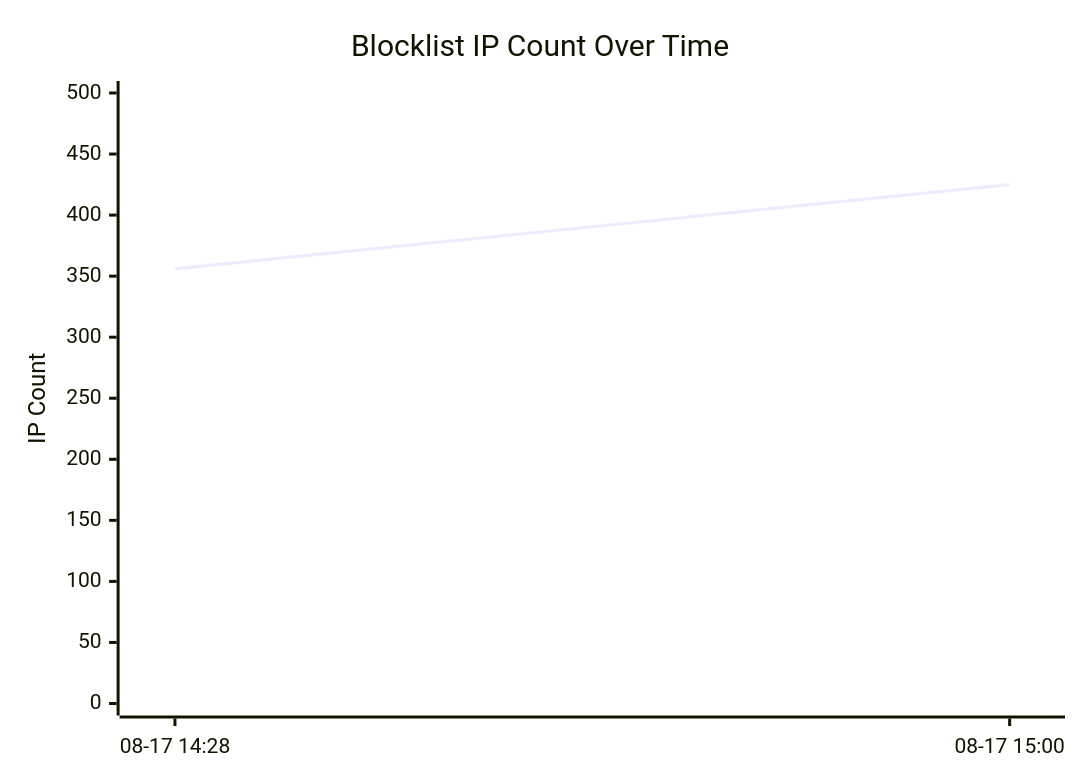
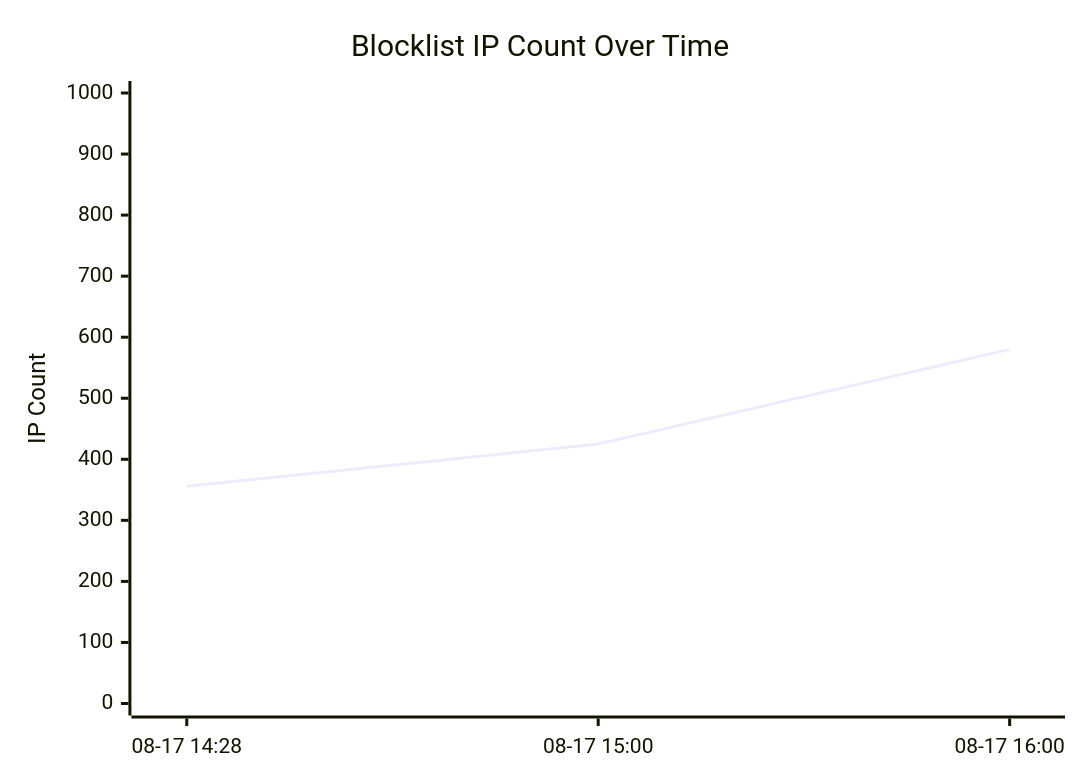
One commit to cercatrova21/blocklist changed the diagram in README.md. Above: the diagram before and after it, drawn with Mermaid. The commit also changed other lines of this file and 2 other files, not shown here.

Commit message:
Update blocklist – 2026-08-17 16:00

````diff
--- a/README.md
+++ b/README.md
@@ -115,7 +115,7 @@
 ```mermaid
 xychart-beta
     title "Blocklist IP Count Over Time"
-    x-axis ["08-17 14:28", "08-17 15:00"]
-    y-axis "IP Count" 0 --> 500
-    line [356, 425]
+    x-axis ["08-17 14:28", "08-17 15:00", "08-17 16:00"]
+    y-axis "IP Count" 0 --> 1000
+    line [356, 425, 580]
 ```
````
